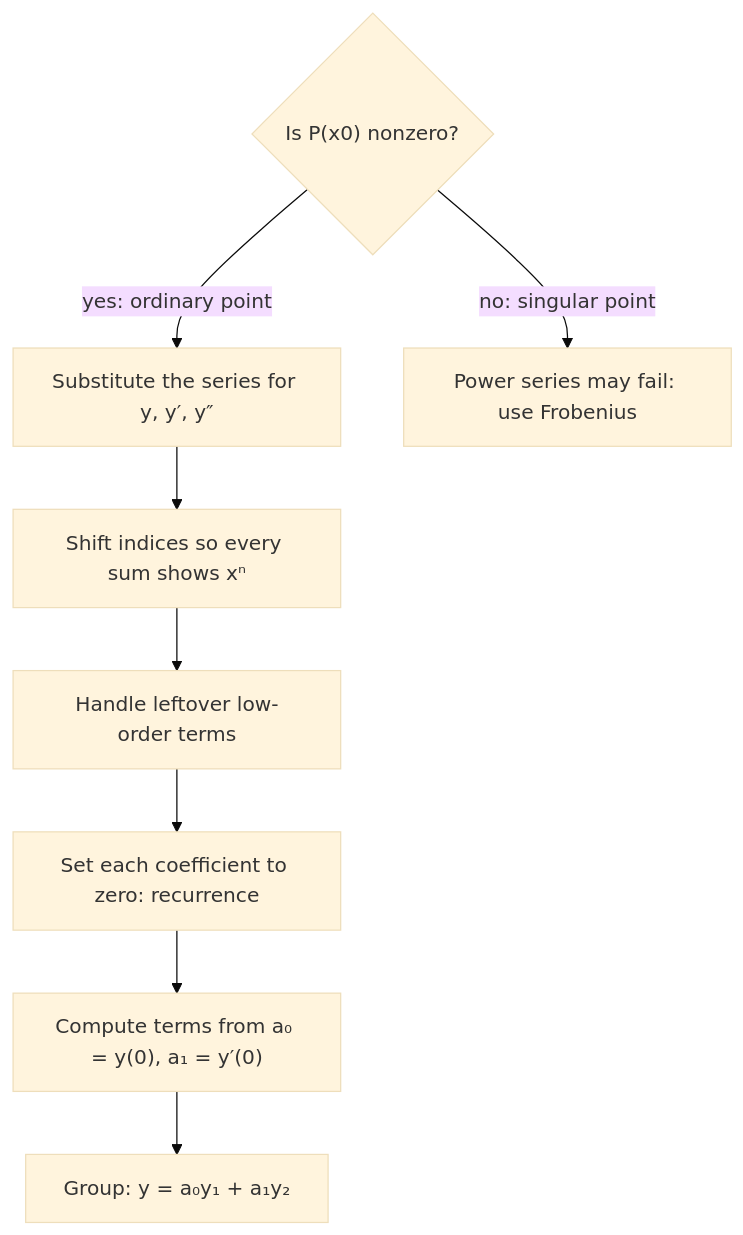
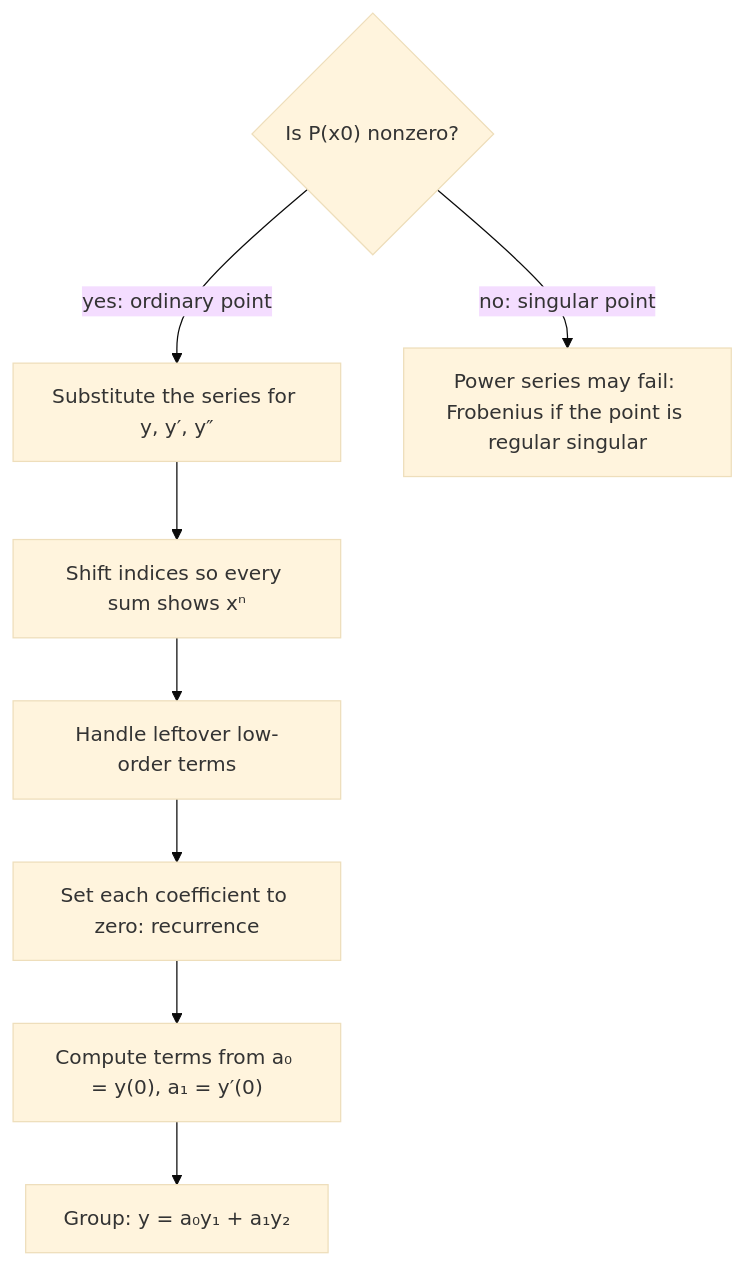
The diagram in content/math/diffeq/lessons/38-series-solutions.md (Aziliz/erudior), drawn with Mermaid (base theme) before and after one commit. The commit also changed 14 other files, not shown here.

````diff
--- a/content/math/diffeq/lessons/38-series-solutions.md
+++ b/content/math/diffeq/lessons/38-series-solutions.md
@@ -46,12 +46,12 @@
 ```mermaid
 flowchart TD
   accTitle: The power series method, step by step
-  accDescr: Start by checking whether x0 is an ordinary point, that is, whether P(x0) is nonzero. If it is zero, x0 is a singular point and an ordinary power series may fail, so the method of Frobenius is needed instead. If x0 is ordinary, substitute the series for y, y prime and y double prime; shift indices so every sum shows x to the n; handle leftover low-order terms separately; set each coefficient to zero to get a recurrence; compute coefficients from a0 = y(0) and a1 = y prime of 0; and group the a0 terms and the a1 terms to get two independent solutions.
+  accDescr: Start by checking whether x0 is an ordinary point, that is, whether P(x0) is nonzero. If it is zero, x0 is a singular point and an ordinary power series may fail; if the singular point is regular, the method of Frobenius can be used instead. If x0 is ordinary, substitute the series for y, y prime and y double prime; shift indices so every sum shows x to the n; handle leftover low-order terms separately; set each coefficient to zero to get a recurrence; compute coefficients from a0 = y(0) and a1 = y prime of 0; and group the a0 terms and the a1 terms to get two independent solutions.
   A{"Is P(x0) nonzero?"} -->|"yes: ordinary point"| B["Substitute the series for y, y′, y″"]
-  A -->|"no: singular point"| Z["Power series may fail: use Frobenius"]
+  A -->|"no: singular point"| Z["Power series may fail: Frobenius if the point is regular singular"]
   B --> C["Shift indices so every sum shows xⁿ"]
   C --> D["Handle leftover low-order terms"]
   D --> E["Set each coefficient to zero: recurrence"]
   E --> F["Compute terms from a₀ = y(0), a₁ = y′(0)"]
   F --> G["Group: y = a₀y₁ + a₁y₂"]
 ```
````
